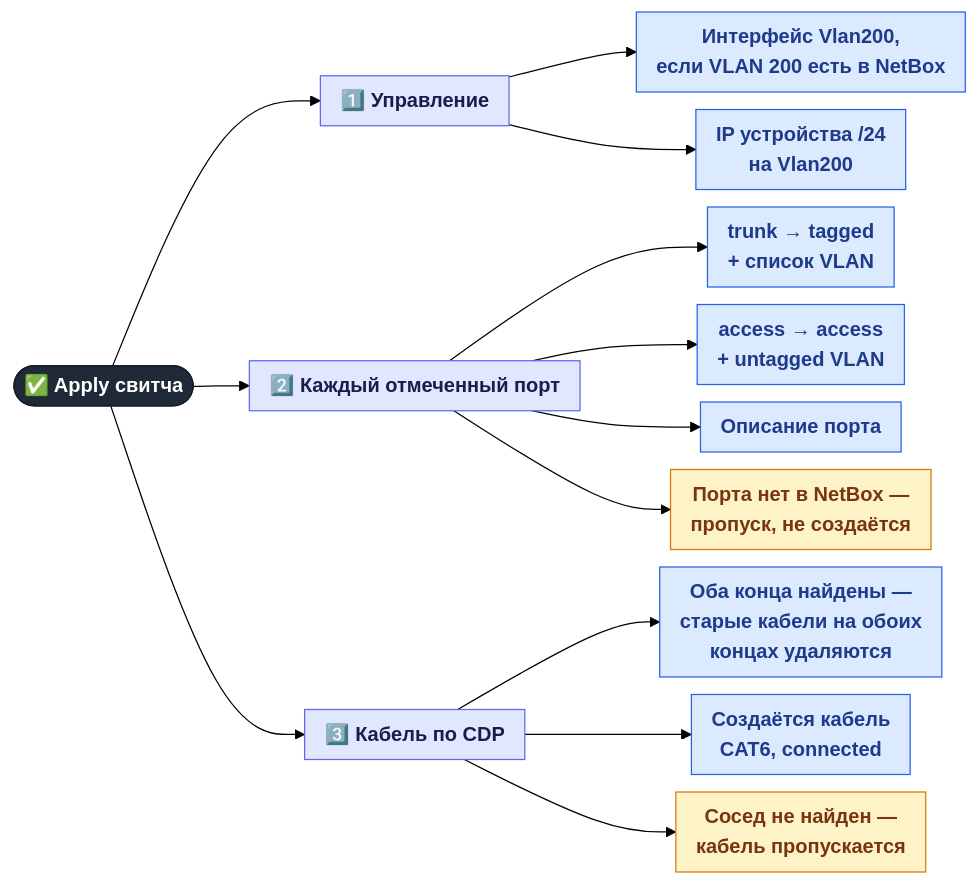
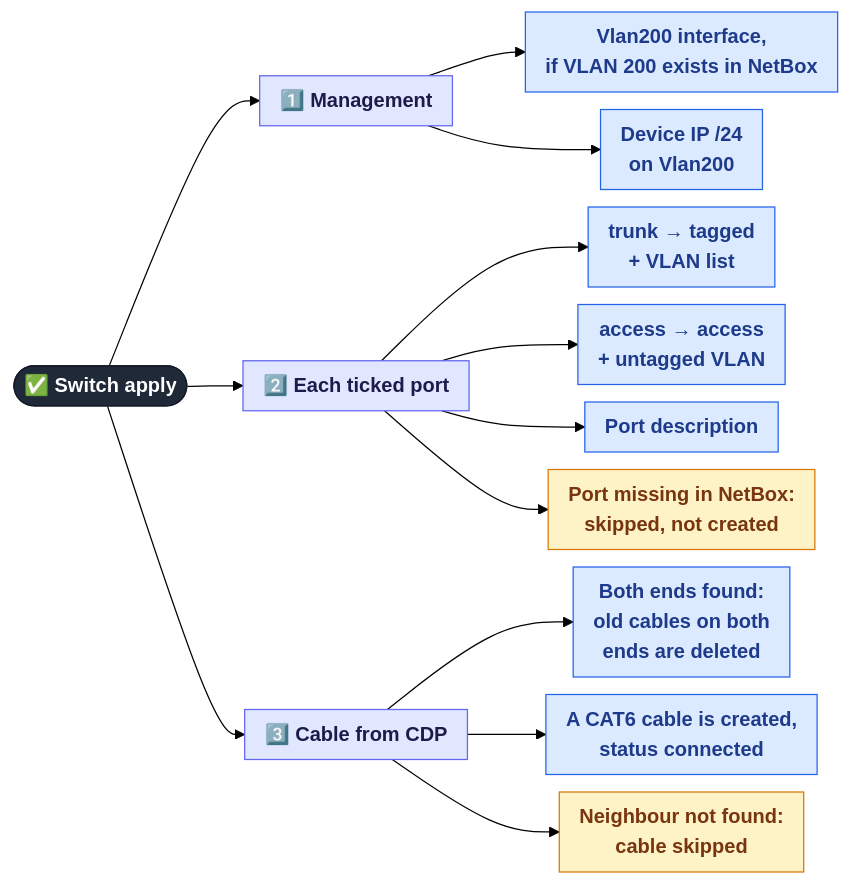
Before and after one commit to Madly222/MCPforMonitoring: the third of 5 diagrams in docs/features/06b-netbox-cdp.md, drawn with Mermaid (forest theme). The commit also changed other lines of this file and 37 other files, not shown here.

````diff
--- a/docs/features/06b-netbox-cdp.md
+++ b/docs/features/06b-netbox-cdp.md
@@ -66,25 +66,25 @@
 ```mermaid
 %%{init: {"flowchart": {"nodeSpacing": 14, "rankSpacing": 45, "curve": "basis", "padding": 8, "wrappingWidth": 260}}}%%
 flowchart LR
-    ROOT(["✅ Apply свитча"]):::root
+    ROOT(["✅ Switch apply"]):::root
 
-    ROOT --> S1["1️⃣ Управление"]:::group
-    S1 --> A1["Интерфейс Vlan200,<br/>если VLAN 200 есть в NetBox"]:::admin
-    S1 --> A2["IP устройства /24<br/>на Vlan200"]:::admin
+    ROOT --> S1["1️⃣ Management"]:::group
+    S1 --> A1["Vlan200 interface,<br/>if VLAN 200 exists in NetBox"]:::admin
+    S1 --> A2["Device IP /24<br/>on Vlan200"]:::admin
 
-    ROOT --> S2["2️⃣ Каждый отмеченный порт"]:::group
-    S2 --> B1["trunk → tagged<br/>+ список VLAN"]:::admin
+    ROOT --> S2["2️⃣ Each ticked port"]:::group
+    S2 --> B1["trunk → tagged<br/>+ VLAN list"]:::admin
     S2 --> B2["access → access<br/>+ untagged VLAN"]:::admin
-    S2 --> B3["Описание порта"]:::admin
-    S2 --> B4["Порта нет в NetBox —<br/>пропуск, не создаётся"]:::auto
+    S2 --> B3["Port description"]:::admin
+    S2 --> B4["Port missing in NetBox:<br/>skipped, not created"]:::auto
 
-    ROOT --> S3["3️⃣ Кабель по CDP"]:::group
-    S3 --> C1["Оба конца найдены —<br/>старые кабели на обоих<br/>концах удаляются"]:::admin
-    S3 --> C2["Создаётся кабель<br/>CAT6, connected"]:::admin
-    S3 --> C3["Сосед не найден —<br/>кабель пропускается"]:::auto
+    ROOT --> S3["3️⃣ Cable from CDP"]:::group
+    S3 --> C1["Both ends found:<br/>old cables on both<br/>ends are deleted"]:::admin
+    S3 --> C2["A CAT6 cable is created,<br/>status connected"]:::admin
+    S3 --> C3["Neighbour not found:<br/>cable skipped"]:::auto
 
     classDef root  fill:#1f2937,stroke:#111827,color:#ffffff,font-weight:bold
     classDef group fill:#e0e7ff,stroke:#6366f1,color:#1e1b4b,font-weight:bold
     classDef admin fill:#dbeafe,stroke:#2563eb,color:#1e3a8a
     classDef auto  fill:#fef3c7,stroke:#d97706,color:#78350f
 ```
````
